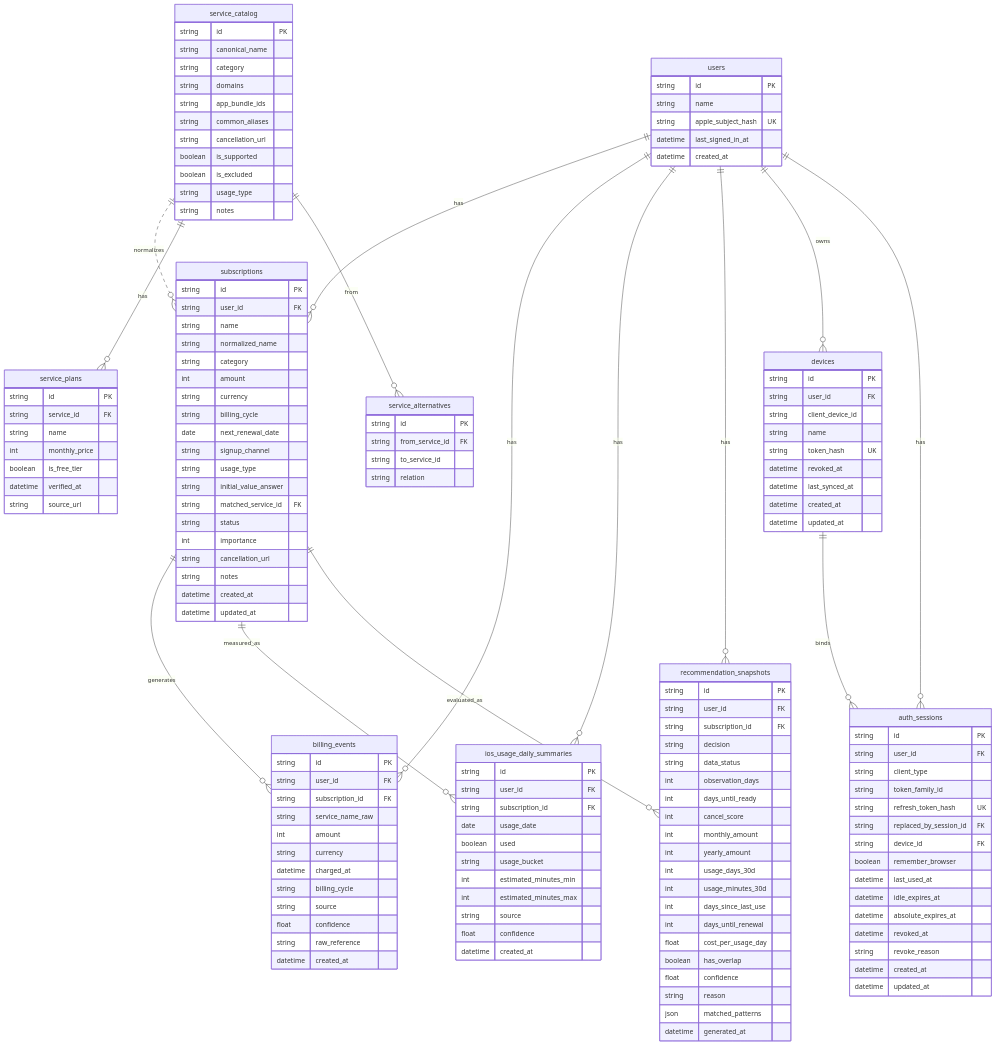
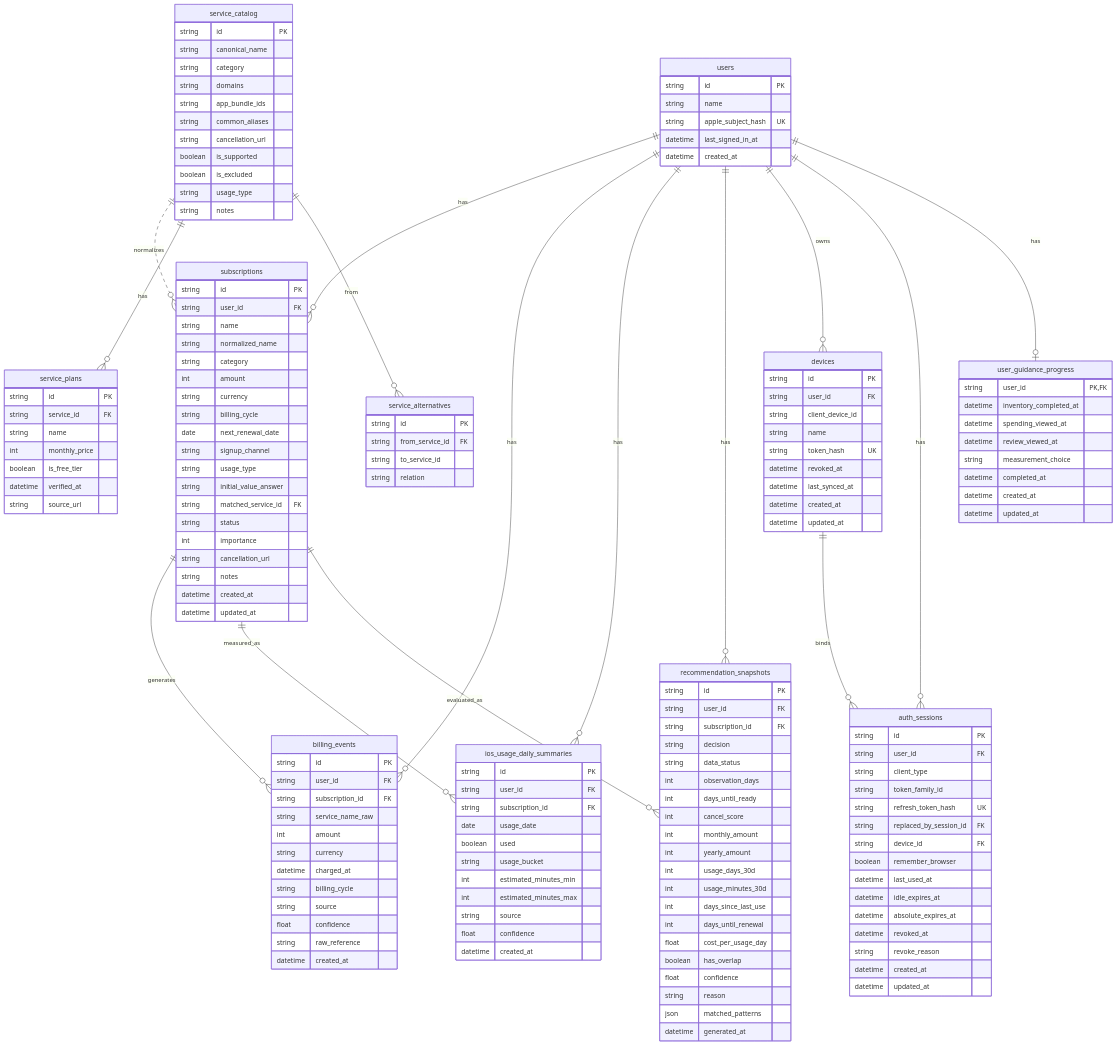
Before and after one commit to Shintaro-Abe/SubBuddy: the third of 7 diagrams in docs/functional-design.md, drawn with Mermaid. The commit also changed other lines of this file and 45 other files, not shown here.

```diff
--- a/docs/functional-design.md
+++ b/docs/functional-design.md
@@ -126,6 +128,7 @@
   users ||--o{ recommendation_snapshots : has
   users ||--o{ devices : owns
   users ||--o{ auth_sessions : has
+  users ||--o| user_guidance_progress : has
   devices ||--o{ auth_sessions : binds
   subscriptions ||--o{ billing_events : generates
   subscriptions ||--o{ ios_usage_daily_summaries : measured_as
@@ -140,6 +143,16 @@
     string apple_subject_hash UK
     datetime last_signed_in_at
     datetime created_at
+  }
+  user_guidance_progress {
+    string user_id PK,FK
+    datetime inventory_completed_at
+    datetime spending_viewed_at
+    datetime review_viewed_at
+    string measurement_choice
+    datetime completed_at
+    datetime created_at
+    datetime updated_at
   }
   subscriptions {
     string id PK
```
